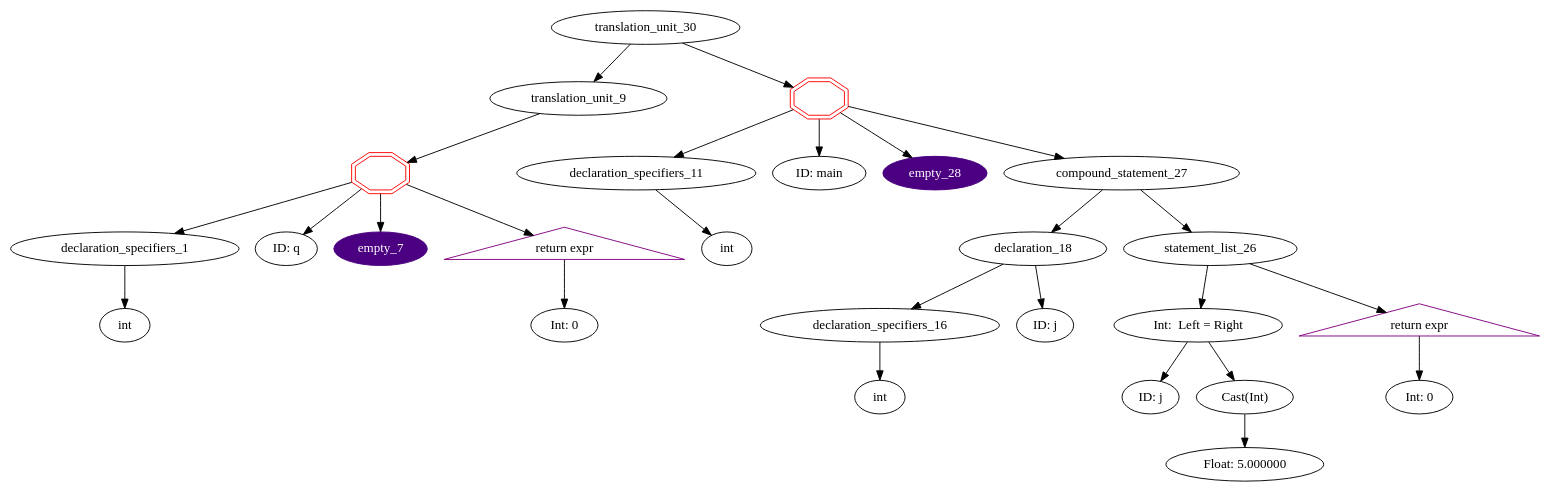
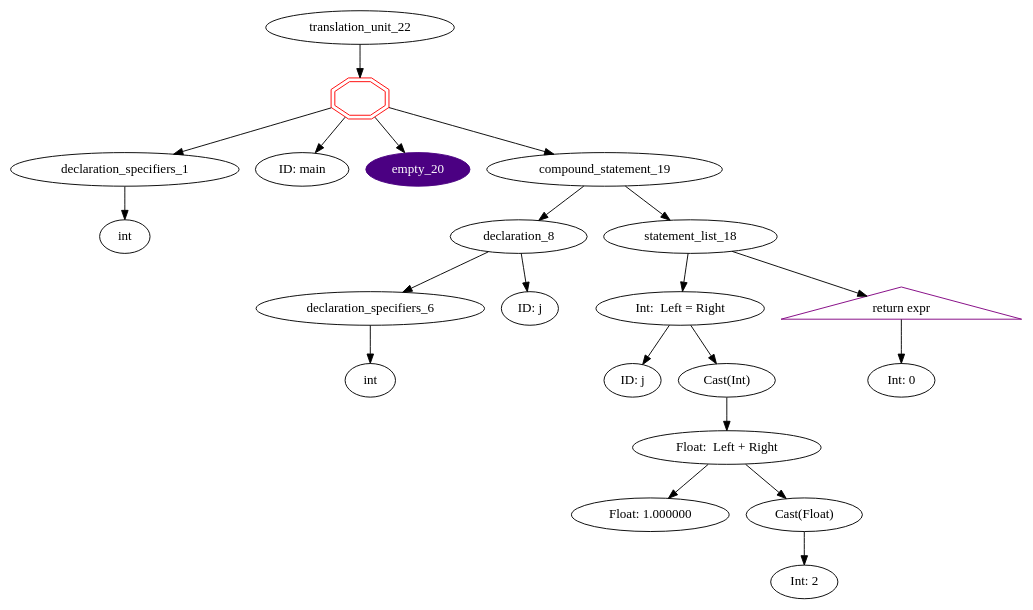
One commit to ahpalmerUNR/c_compiler changed the diagram in graphs/default.gv. Above: the diagram before and after it, drawn with Graphviz. The commit also changed 4 other files, not shown here.

```diff
--- a/graphs/default.gv
+++ b/graphs/default.gv
@@ -1,49 +1,40 @@
 digraph AST {
-	translation_unit_30 -> translation_unit_9;
-	translation_unit_9 -> function_definition_8;
-	function_definition_8 [shape=doubleoctagon,color=red,label=""]
-	function_definition_8 -> declaration_specifiers_1;
+	translation_unit_22 -> function_definition_21;
+	function_definition_21 [shape=doubleoctagon,color=red,label=""]
+	function_definition_21 -> declaration_specifiers_1;
 	declaration_specifiers_1 [label="declaration_specifiers_1"]
 	declaration_specifiers_1 -> type_specifier_0;
 	type_specifier_0 [label="int"]
-	function_definition_8 -> identifier_2;
-	identifier_2 [label="ID: q"]
-	function_definition_8 -> empty_7;
-	empty_7 [style=filled,color=indigo,fontcolor=white]
-	function_definition_8 -> jump_statement_6;
-	jump_statement_6 [shape = triangle,color=purple,label="return expr"]
-	jump_statement_6 -> constant_5;
-	constant_5 [label="Int: 0"]
-	translation_unit_30 -> function_definition_29;
-	function_definition_29 [shape=doubleoctagon,color=red,label=""]
-	function_definition_29 -> declaration_specifiers_11;
-	declaration_specifiers_11 [label="declaration_specifiers_11"]
-	declaration_specifiers_11 -> type_specifier_10;
-	type_specifier_10 [label="int"]
-	function_definition_29 -> identifier_12;
-	identifier_12 [label="ID: main"]
-	function_definition_29 -> empty_28;
-	empty_28 [style=filled,color=indigo,fontcolor=white]
-	function_definition_29 -> compound_statement_27;
-	compound_statement_27 -> declaration_18;
-	declaration_18 [label="declaration_18"]
-	declaration_18 -> declaration_specifiers_16;
-	declaration_specifiers_16 [label="declaration_specifiers_16"]
-	declaration_specifiers_16 -> type_specifier_15;
-	type_specifier_15 [label="int"]
-	declaration_18 -> identifier_17;
-	identifier_17 [label="ID: j"]
-	compound_statement_27 -> statement_list_26;
-	statement_list_26 -> assignment_expression_23;
-	assignment_expression_23 [label="Int:  Left = Right"]
-	assignment_expression_23 -> identifier_19;
-	identifier_19 [label="ID: j"]
-	assignment_expression_23 -> cast_expression22;
-	cast_expression22 [label="Cast(Int)"]
-	cast_expression22 -> constant_21;
-	constant_21 [label="Float: 5.000000"]
-	statement_list_26 -> jump_statement_25;
-	jump_statement_25 [shape = triangle,color=purple,label="return expr"]
-	jump_statement_25 -> constant_24;
-	constant_24 [label="Int: 0"]
+	function_definition_21 -> identifier_2;
+	identifier_2 [label="ID: main"]
+	function_definition_21 -> empty_20;
+	empty_20 [style=filled,color=indigo,fontcolor=white]
+	function_definition_21 -> compound_statement_19;
+	compound_statement_19 -> declaration_8;
+	declaration_8 [label="declaration_8"]
+	declaration_8 -> declaration_specifiers_6;
+	declaration_specifiers_6 [label="declaration_specifiers_6"]
+	declaration_specifiers_6 -> type_specifier_5;
+	type_specifier_5 [label="int"]
+	declaration_8 -> identifier_7;
+	identifier_7 [label="ID: j"]
+	compound_statement_19 -> statement_list_18;
+	statement_list_18 -> assignment_expression_14;
+	assignment_expression_14 [label="Int:  Left = Right"]
+	assignment_expression_14 -> identifier_9;
+	identifier_9 [label="ID: j"]
+	assignment_expression_14 -> Implicit_Cast_15;
+	Implicit_Cast_15 [label="Cast(Int)"]
+	Implicit_Cast_15 -> operator_expression_12;
+	operator_expression_12 [label="Float:  Left + Right"]
+	operator_expression_12 -> constant_10;
+	constant_10 [label="Float: 1.000000"]
+	operator_expression_12 -> Implicit_Cast13;
+	Implicit_Cast13 [label="Cast(Float)"]
+	Implicit_Cast13 -> constant_11;
+	constant_11 [label="Int: 2"]
+	statement_list_18 -> jump_statement_17;
+	jump_statement_17 [shape = triangle,color=purple,label="return expr"]
+	jump_statement_17 -> constant_16;
+	constant_16 [label="Int: 0"]
 }
```
